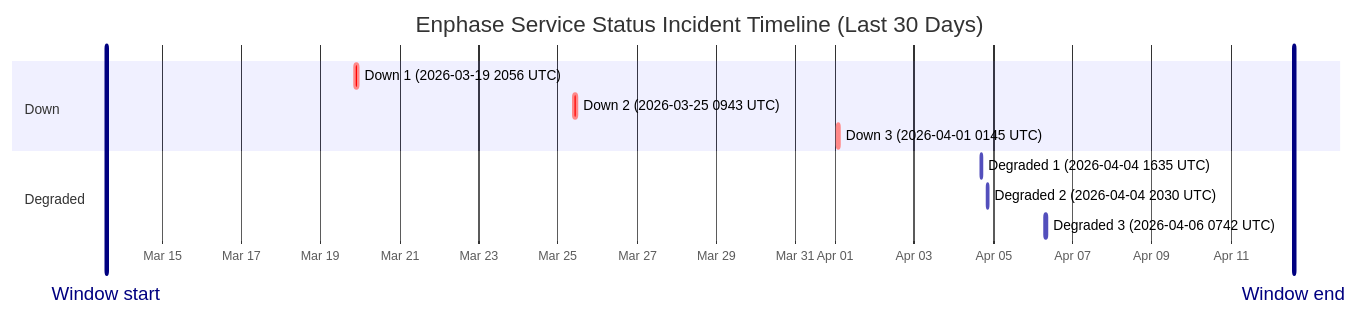
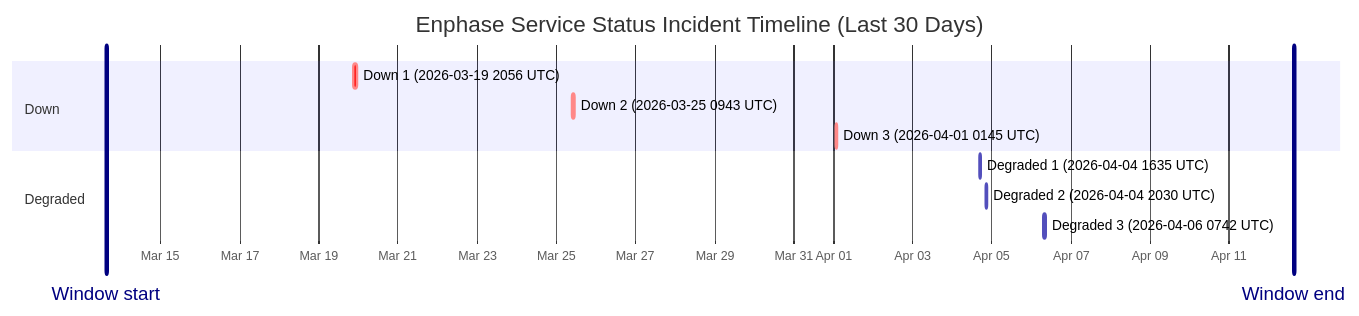
The diagram in wiki/Service-Status-History.md (barneyonline/ha-enphase-ev-charger), drawn with Mermaid before and after one commit. The commit also changed other lines of this file and 3 other files, not shown here.

````diff
--- a/wiki/Service-Status-History.md
+++ b/wiki/Service-Status-History.md
@@ -14,16 +14,16 @@
 ```mermaid
 gantt
     title Enphase Service Status Incident Timeline (Last 30 Days)
     dateFormat  YYYY-MM-DDTHH:mm:ss
     axisFormat  %b %d
-    Window start :vert, window-start, 2026-03-13T14:08:51, 0ms
-    Window end :vert, window-end, 2026-04-12T14:08:51, 0ms
+    Window start :vert, window-start, 2026-03-13T15:04:57, 0ms
+    Window end :vert, window-end, 2026-04-12T15:04:57, 0ms
     section Down
     Down 1 (2026-03-19 2056 UTC) :crit, down-1, 2026-03-19T20:56:20, 145m
     Down 2 (2026-03-25 0943 UTC) :crit, down-2, 2026-03-25T09:43:28, 111m
     Down 3 (2026-04-01 0145 UTC) :crit, down-3, 2026-04-01T01:45:09, 60m
     section Degraded
     Degraded 1 (2026-04-04 1635 UTC) :active, degraded-1, 2026-04-04T16:35:17, 60m
     Degraded 2 (2026-04-04 2030 UTC) :active, degraded-2, 2026-04-04T20:30:40, 60m
     Degraded 3 (2026-04-06 0742 UTC) :active, degraded-3, 2026-04-06T07:42:09, 85m
 ```
````
